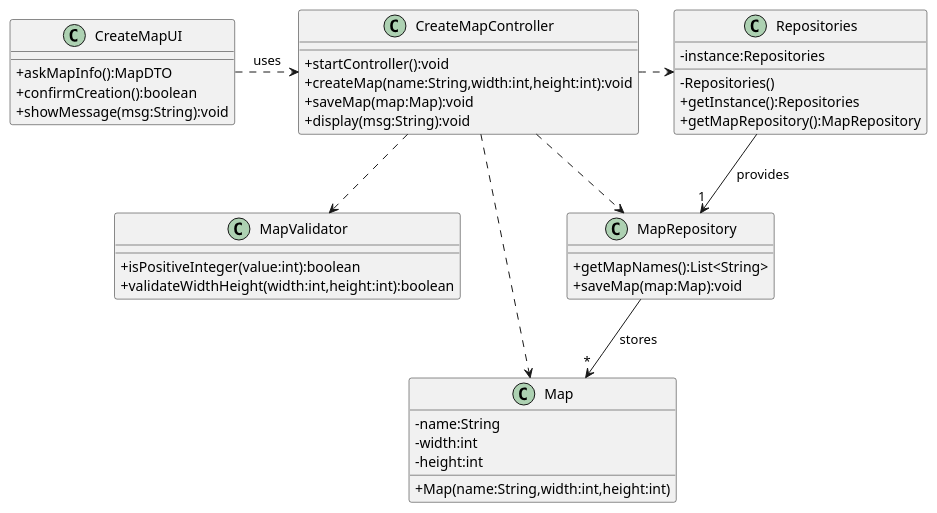
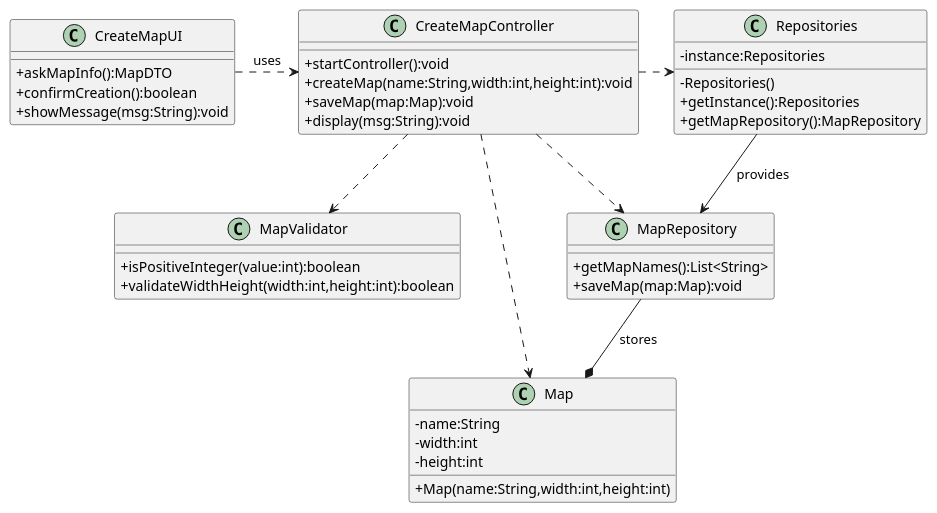
The diagram in docs/system-documentation/US001/03.design/puml/US001-CD.puml (1240826/empire-on-tracks), drawn with PlantUML before and after one commit. The commit also changed 1 other file, not shown here.

```diff
--- a/docs/system-documentation/US001/03.design/puml/US001-CD.puml
+++ b/docs/system-documentation/US001/03.design/puml/US001-CD.puml
@@ -1,52 +1,52 @@
 @startuml
 skinparam packageStyle rectangle
 skinparam shadowing false
 skinparam linetype polyline
 skinparam classAttributeIconSize 0
 
 class CreateMapUI {
   +askMapInfo():MapDTO
   +confirmCreation():boolean
   +showMessage(msg:String):void
 }
 
 class CreateMapController {
   +startController():void
   +createMap(name:String,width:int,height:int):void
   +saveMap(map:Map):void
   +display(msg:String):void
 }
 
 class MapValidator {
   +isPositiveInteger(value:int):boolean
   +validateWidthHeight(width:int,height:int):boolean
 }
 
 class Repositories {
   -instance:Repositories
   -Repositories()
   +getInstance():Repositories
   +getMapRepository():MapRepository
 }
 
 class MapRepository {
   +getMapNames():List<String>
   +saveMap(map:Map):void
 }
 
 class Map {
   -name:String
   -width:int
   -height:int
   +Map(name:String,width:int,height:int)
 }
 
 CreateMapUI .> CreateMapController     : uses
 CreateMapController ..> MapValidator
 CreateMapController ..> MapRepository
 CreateMapController .> Repositories
 CreateMapController ..> Map
 
-Repositories --> "1" MapRepository    : provides
-MapRepository --> "*" Map             : stores
+Repositories -->  MapRepository    : provides
+MapRepository --* Map             : stores
 @enduml
```
